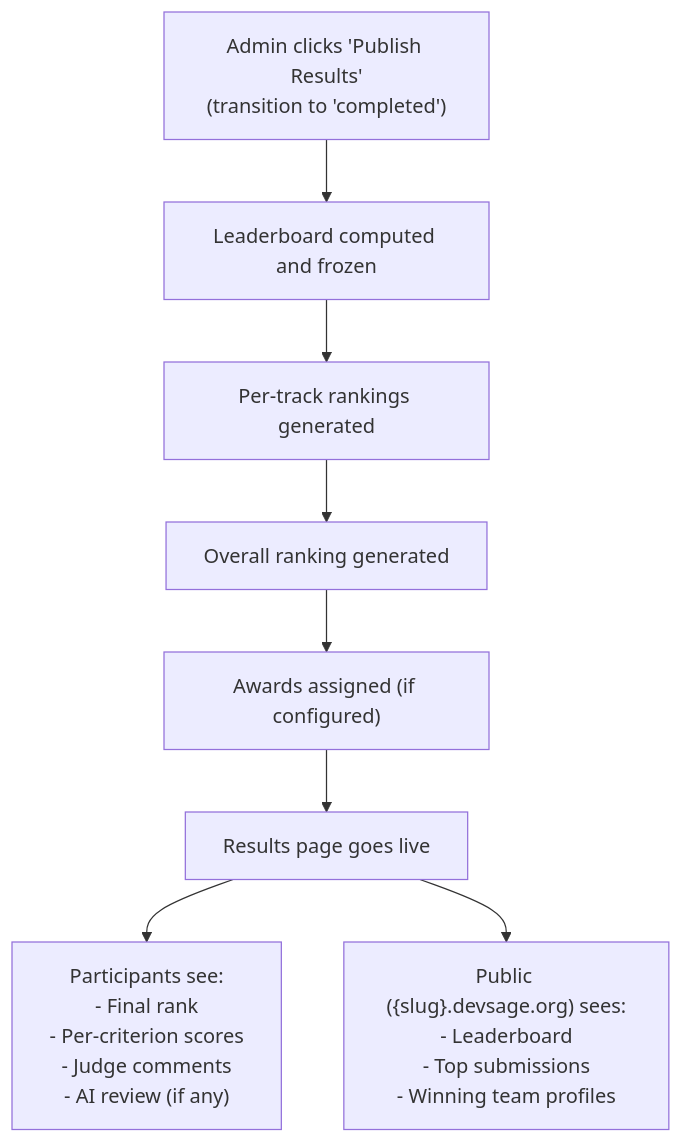
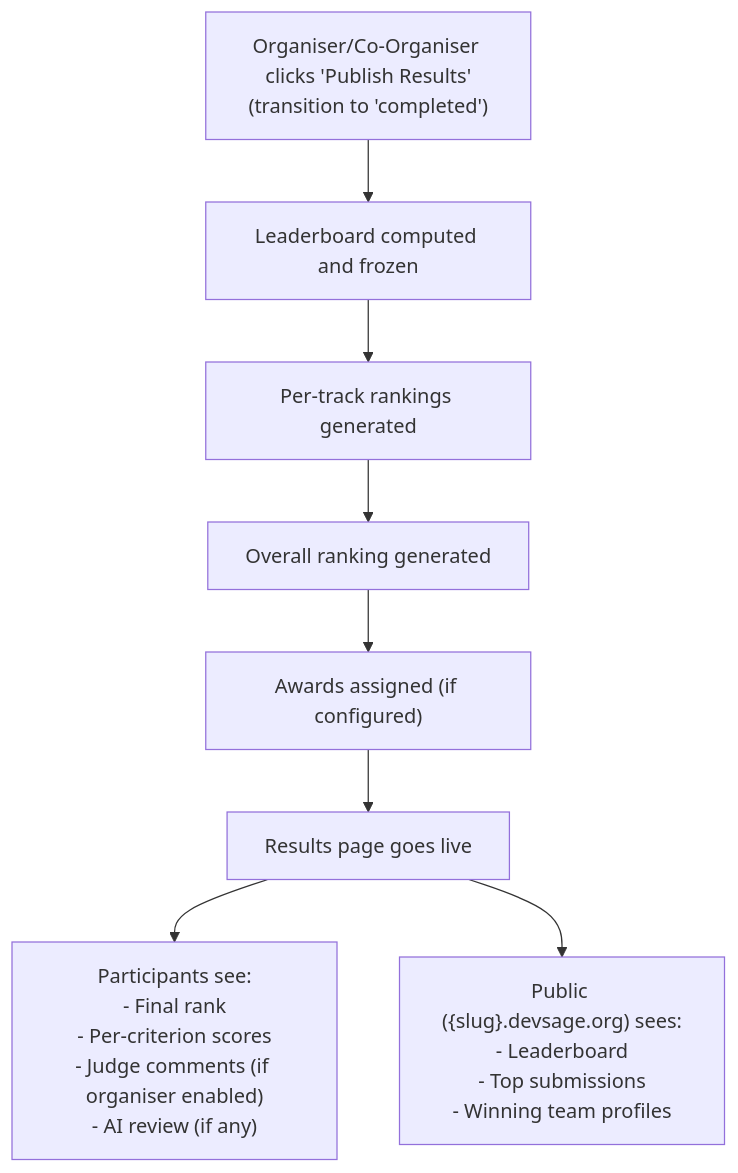
The tenth of 11 diagrams in docs/v3/planned/judging.md (devangshupandey2025-stack/DevSage), drawn with Mermaid before and after one commit. The commit also changed other lines of this file and 2 other files, not shown here.

````diff
--- a/docs/v3/planned/judging.md
+++ b/docs/v3/planned/judging.md
@@ -637,11 +639,11 @@
 ```mermaid
 flowchart TD
-    A["Admin clicks 'Publish Results'<br/>(transition to 'completed')"] --> B["Leaderboard computed and frozen"]
+    A["Organiser/Co-Organiser clicks 'Publish Results'<br/>(transition to 'completed')"] --> B["Leaderboard computed and frozen"]
     B --> C["Per-track rankings generated"]
     C --> D["Overall ranking generated"]
     D --> E["Awards assigned (if configured)"]
     E --> F["Results page goes live"]
 
-    F --> G["Participants see:<br/>- Final rank<br/>- Per-criterion scores<br/>- Judge comments<br/>- AI review (if any)"]
+    F --> G["Participants see:<br/>- Final rank<br/>- Per-criterion scores<br/>- Judge comments (if organiser enabled)<br/>- AI review (if any)"]
     F --> H["Public ({slug}.devsage.org) sees:<br/>- Leaderboard<br/>- Top submissions<br/>- Winning team profiles"]
 ```
````
